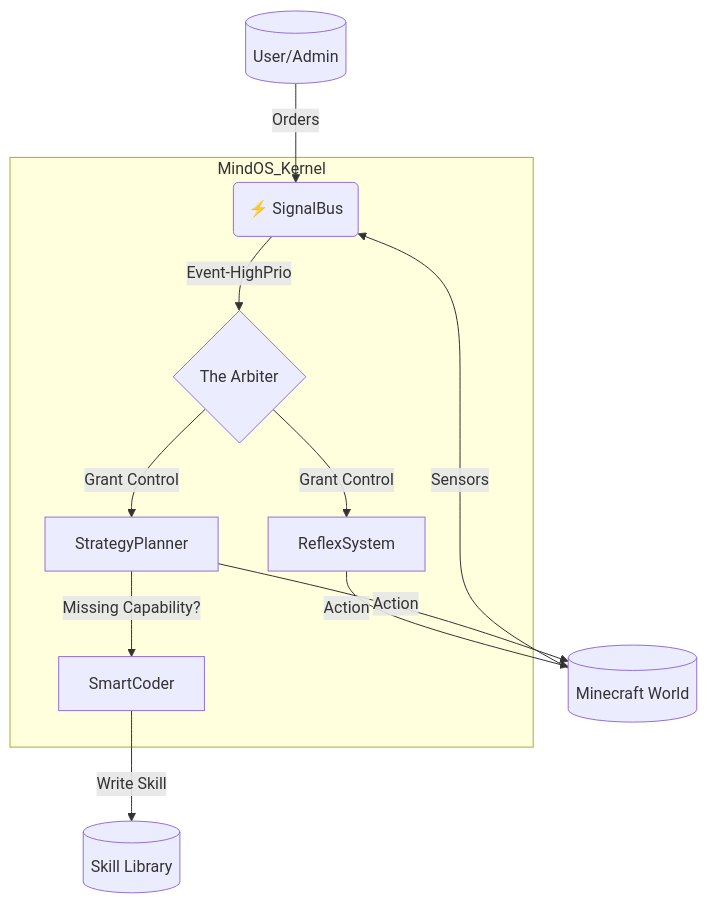
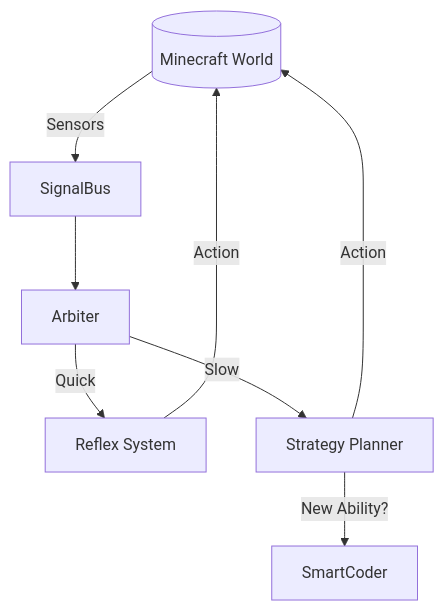
The diagram in PROJECT_CONTEXT.md (maitrongthinh/ai-minecraft), drawn with Mermaid before and after one commit. The commit also changed other lines of this file and 53 other files, not shown here.

````diff
--- a/PROJECT_CONTEXT.md
+++ b/PROJECT_CONTEXT.md
@@ -39,23 +26,10 @@
 ```mermaid
 graph TD
-    User[(User/Admin)] -->|Orders| SignalBus(⚡ SignalBus)
     Env[(Minecraft World)] -->|Sensors| SignalBus
-
-    subgraph MindOS_Kernel
-        SignalBus
-        Arbiter{The Arbiter}
-        Planner[StrategyPlanner]
-        Reflex[ReflexSystem]
-        Coder[SmartCoder]
-    end
-
-    SignalBus -->|Event-HighPrio| Arbiter
-    Arbiter -->|Grant Control| Reflex
-    Arbiter -->|Grant Control| Planner
-    
-    Planner -->|Missing Capability?| Coder
-    Coder -->|Write Skill| SkillLib[(Skill Library)]
-    
+    SignalBus --> Arbiter
+    Arbiter -->|Quick| Reflex[Reflex System]
+    Arbiter -->|Slow| Planner[Strategy Planner]
+    Planner -->|New Ability?| Coder[SmartCoder]
     Reflex -->|Action| Env
     Planner -->|Action| Env
 ```
````
